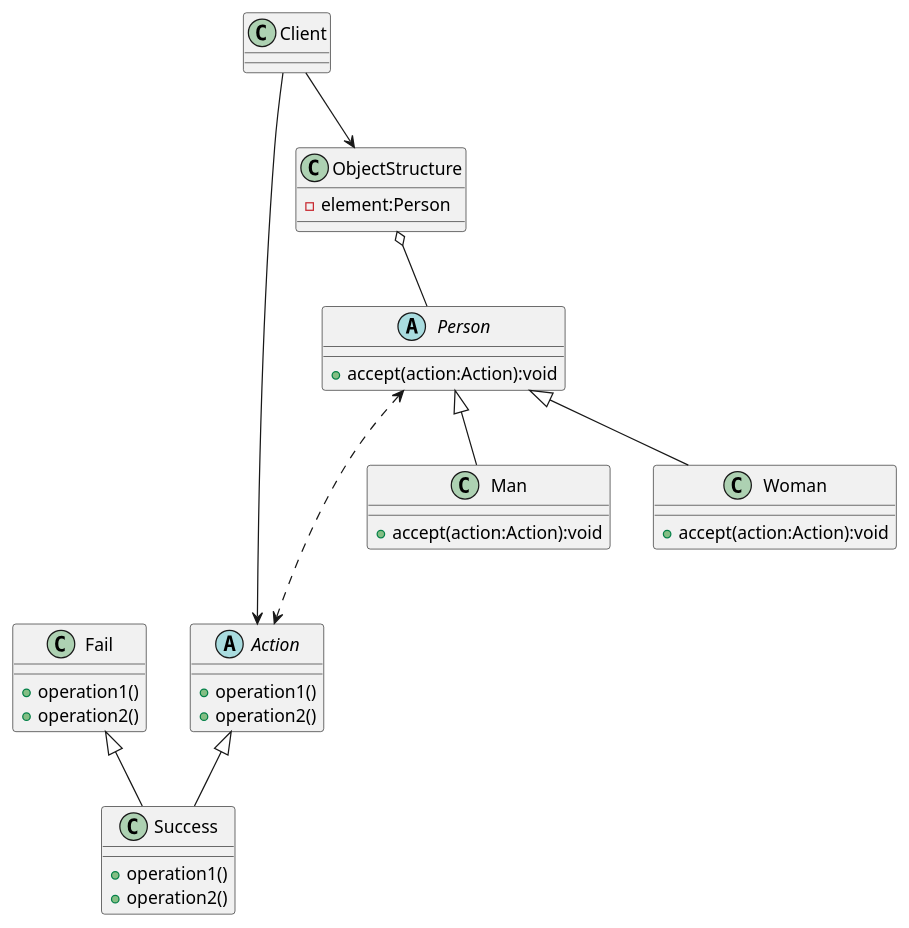
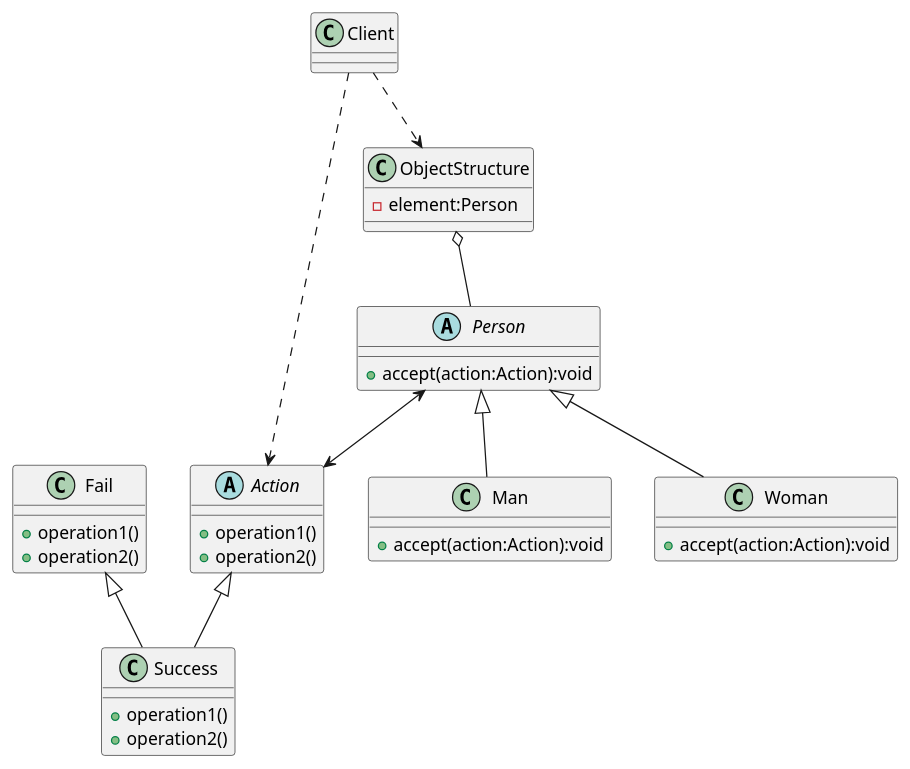
The diagram in design-pattern/src/main/java/wr1ttenyu/f1nal/study/designpattern/pattern23/visitor/Singer.puml (wr1ttenyu/f1nal), drawn with PlantUML before and after one commit. The commit also changed 5 other files, not shown here.

```diff
--- a/design-pattern/src/main/java/wr1ttenyu/f1nal/study/designpattern/pattern23/visitor/Singer.puml
+++ b/design-pattern/src/main/java/wr1ttenyu/f1nal/study/designpattern/pattern23/visitor/Singer.puml
@@ -1,54 +1,54 @@
 @startuml
 
 abstract class Action
 class Success
 class Fail
 
 abstract class Person
 class Man
 class Woman
 
 class ObjectStructure
 
 Action <|-- Success
 Fail <|-- Success
 Person <|-- Man
 Person <|-- Woman
 ObjectStructure o-- Person
-Client --> ObjectStructure
-Client --> Action
+Client ..> ObjectStructure
+Client ..> Action
 
-Person <...> Action
+Person <--> Action
 
 abstract class Action {
     +operation1()
     +operation2()
 }
 
 class Success {
     +operation1()
     +operation2()
 }
 
 class Fail {
     +operation1()
     +operation2()
 }
 
 abstract class Person {
     +accept(action:Action):void
 }
 
 class Man {
     +accept(action:Action):void
 }
 
 class Woman {
     +accept(action:Action):void
 }
 
 class ObjectStructure {
     -element:Person
 }
 
 @enduml
```
